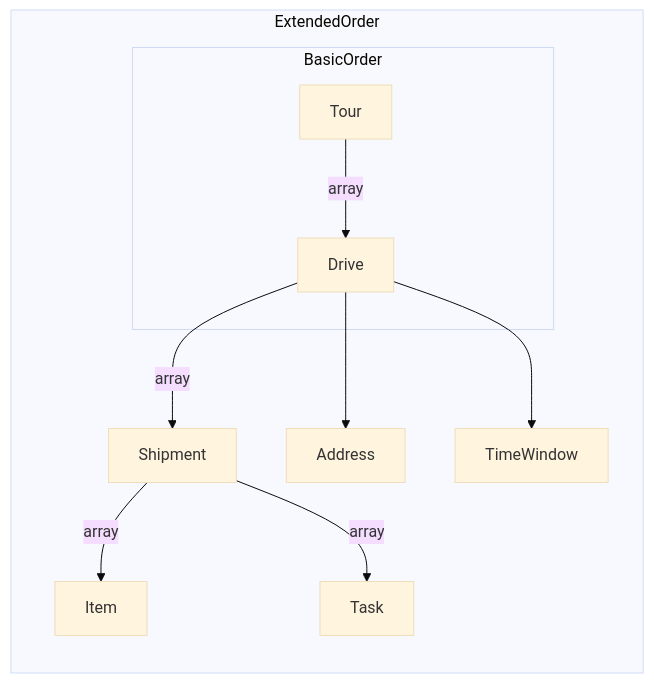
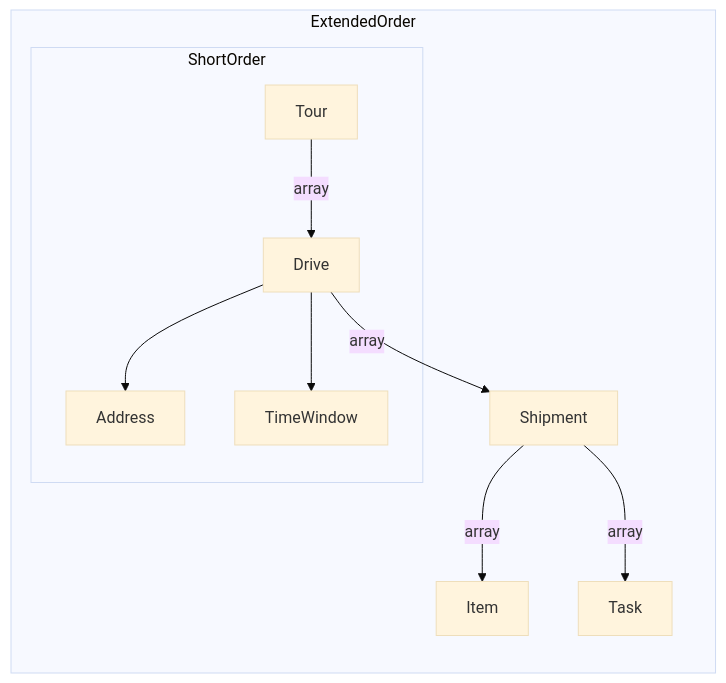
Before and after one commit to monstagorilla/otdata: the diagram in docs/apiSections.md, drawn with Mermaid. The commit also changed other lines of this file and 1 other file, not shown here.

````diff
--- a/docs/apiSections.md
+++ b/docs/apiSections.md
@@ -10,14 +23,13 @@
 ```mermaid
-%%{init: {'theme': 'base','themeVariables': { 'fontFamily': 'Source Sans Pro'}}}%%
+%%{init: {'theme': 'base', 'themeVariables': { 'fontFamily': 'Source Sans Pro'}}}%%
 graph LR
    subgraph ExtendedOrder
    direction TB
-   subgraph BasicOrder
+   subgraph ShortOrder
    Tour --array--> Drive
-  
-   end
-   Drive --array--> Shipment --array--> Item & Task
    Drive --> Address
    Drive --> TimeWindow
    end
+   Drive --array--> Shipment --array--> Item & Task
+   end
 ```
````
